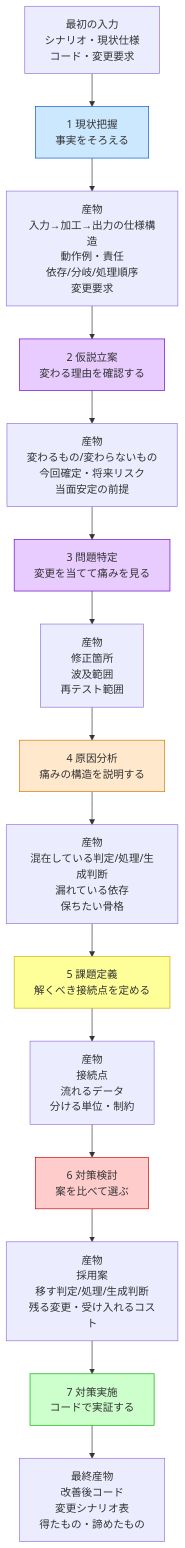
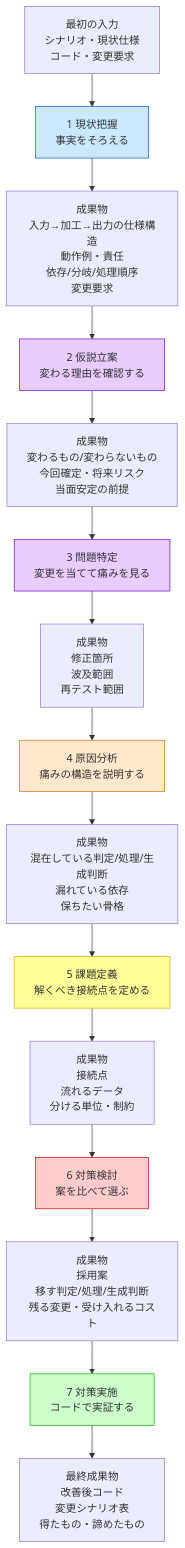
The second of 3 diagrams in kindle/design-patterns/output/chapter00_2.md (kumachan1101-pixel/DesignPattern), drawn with Mermaid before and after one commit. The commit also changed other lines of this file, not shown here.

````diff
--- a/kindle/design-patterns/output/chapter00_2.md
+++ b/kindle/design-patterns/output/chapter00_2.md
@@ -83,41 +87,41 @@
 ```mermaid
 flowchart TB
     I0["最初の入力<br>シナリオ・現状仕様<br>コード・変更要求"]
 
     P1["1 現状把握<br>事実をそろえる"]
-    O1["産物<br>入力→加工→出力の仕様構造<br>動作例・責任<br>依存/分岐/処理順序<br>変更要求"]
+    O1["成果物<br>入力→加工→出力の仕様構造<br>動作例・責任<br>依存/分岐/処理順序<br>変更要求"]
 
     P2["2 仮説立案<br>変わる理由を確認する"]
-    O2["産物<br>変わるもの/変わらないもの<br>今回確定・将来リスク<br>当面安定の前提"]
+    O2["成果物<br>変わるもの/変わらないもの<br>今回確定・将来リスク<br>当面安定の前提"]
 
     P3["3 問題特定<br>変更を当てて痛みを見る"]
-    O3["産物<br>修正箇所<br>波及範囲<br>再テスト範囲"]
+    O3["成果物<br>修正箇所<br>波及範囲<br>再テスト範囲"]
 
     P4["4 原因分析<br>痛みの構造を説明する"]
-    O4["産物<br>混在している判定/処理/生成判断<br>漏れている依存<br>保ちたい骨格"]
+    O4["成果物<br>混在している判定/処理/生成判断<br>漏れている依存<br>保ちたい骨格"]
 
     P5["5 課題定義<br>解くべき接続点を定める"]
-    O5["産物<br>接続点<br>流れるデータ<br>分ける単位・制約"]
+    O5["成果物<br>接続点<br>流れるデータ<br>分ける単位・制約"]
 
     P6["6 対策検討<br>案を比べて選ぶ"]
-    O6["産物<br>採用案<br>移す判定/処理/生成判断<br>残る変更・受け入れるコスト"]
+    O6["成果物<br>採用案<br>移す判定/処理/生成判断<br>残る変更・受け入れるコスト"]
 
     P7["7 対策実施<br>コードで実証する"]
-    O7["最終産物<br>改善後コード<br>変更シナリオ表<br>得たもの・諦めたもの"]
+    O7["最終成果物<br>改善後コード<br>変更シナリオ表<br>得たもの・諦めたもの"]
 
     I0 --> P1 --> O1
     O1 --> P2 --> O2
     O2 --> P3 --> O3
     O3 --> P4 --> O4
     O4 --> P5 --> O5
     O5 --> P6 --> O6
     O6 --> P7 --> O7
 
     style P1 fill:#cce8ff,stroke:#0055cc
     style P2 fill:#e8ccff,stroke:#6600cc
     style P3 fill:#e8ccff,stroke:#6600cc
     style P4 fill:#ffe8cc,stroke:#cc7700
     style P5 fill:#ffff99,stroke:#ccaa00
     style P6 fill:#ffcccc,stroke:#cc0000
     style P7 fill:#ccffcc,stroke:#00aa00
 ```
````
